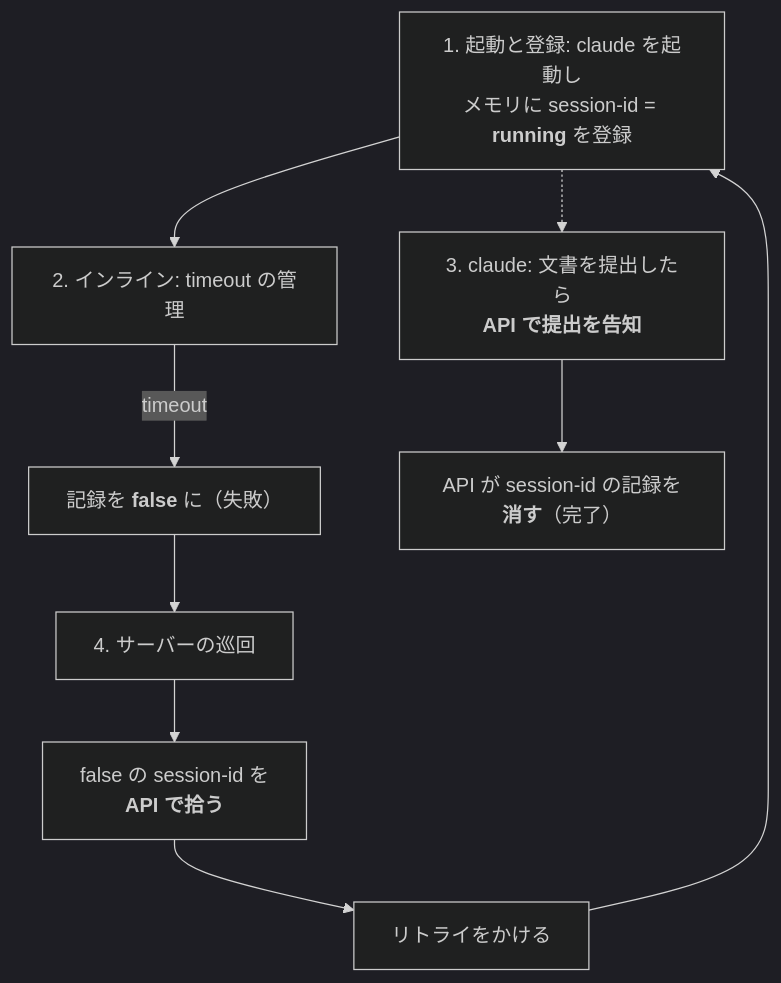
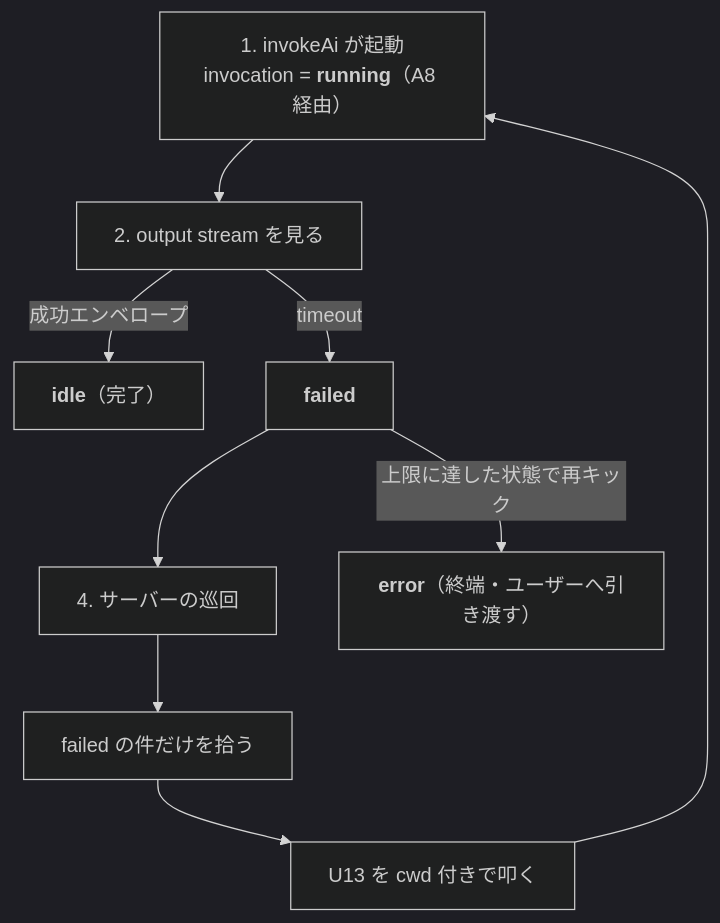
One commit to grrowapp/stroke changed the third of 4 diagrams in docs/specs/plan/portal-stroke-exit.md. Above: the diagram before and after it, drawn with Mermaid (dark theme). The commit also changed other lines of this file and 93 other files, not shown here.

````diff
--- a/docs/specs/plan/portal-stroke-exit.md
+++ b/docs/specs/plan/portal-stroke-exit.md
@@ -63,7 +64,8 @@
 ```mermaid
 flowchart TB
-  launch["1. 起動と登録: claude を起動し<br>メモリに session-id = <b>running</b> を登録"] --> inline["2. インライン: timeout の管理"]
-  inline -- "timeout" --> f["記録を <b>false</b> に（失敗）"]
-  launch -.-> claude["3. claude: 文書を提出したら<br><b>API で提出を告知</b>"] --> del["API が session-id の記録を<b>消す</b>（完了）"]
-  f --> crawl["4. サーバーの巡回"] --> fetch["false の session-id を<br><b>API で拾う</b>"] --> relaunch["リトライをかける"] --> launch
+  launch["1. invokeAi が起動<br>invocation = <b>running</b>（A8 経由）"] --> watch["2. output stream を見る"]
+  watch -- "成功エンベロープ" --> idle["<b>idle</b>（完了）"]
+  watch -- "timeout" --> f["<b>failed</b>"]
+  f --> crawl["4. サーバーの巡回"] --> fetch["failed の件だけを拾う"] --> relaunch["U13 を cwd 付きで叩く"] --> launch
+  f -- "上限に達した状態で再キック" --> err["<b>error</b>（終端・ユーザーへ引き渡す）"]
 ```
````
